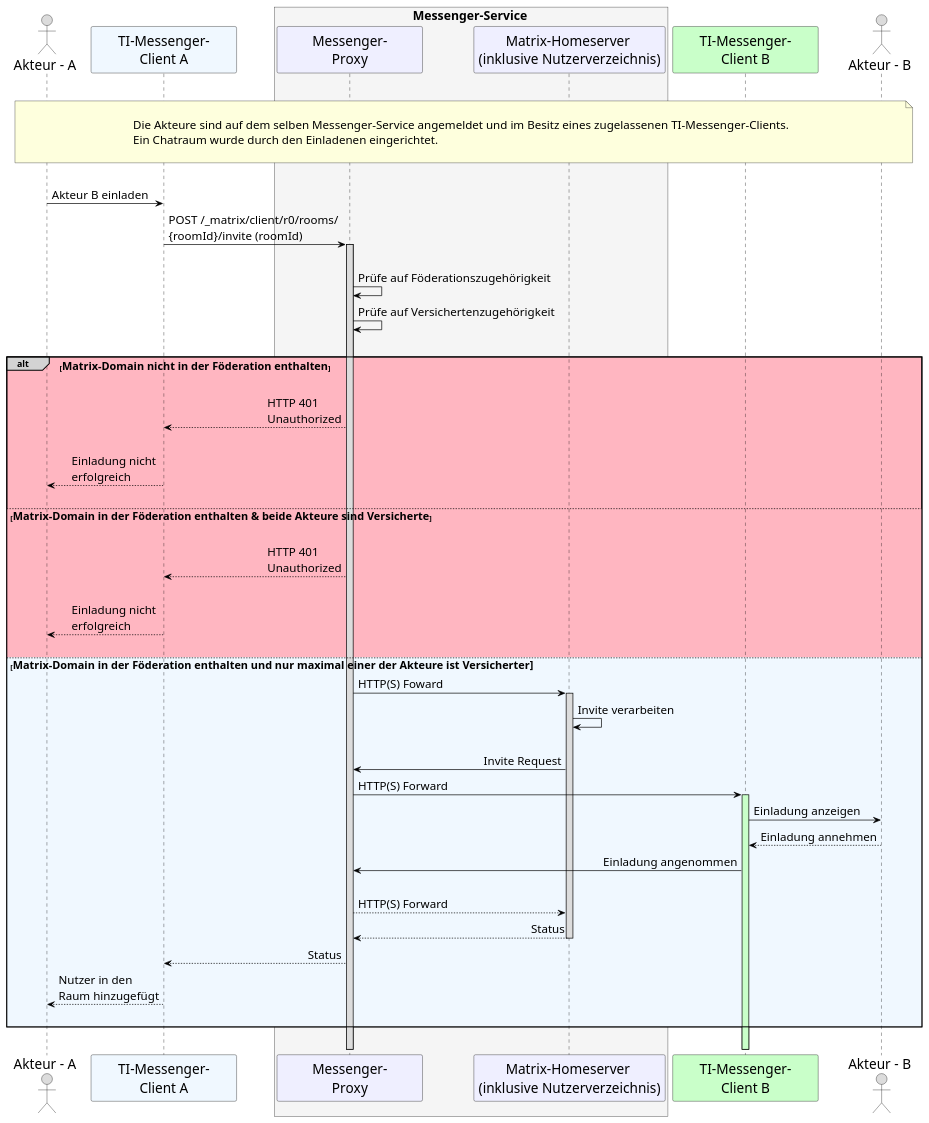
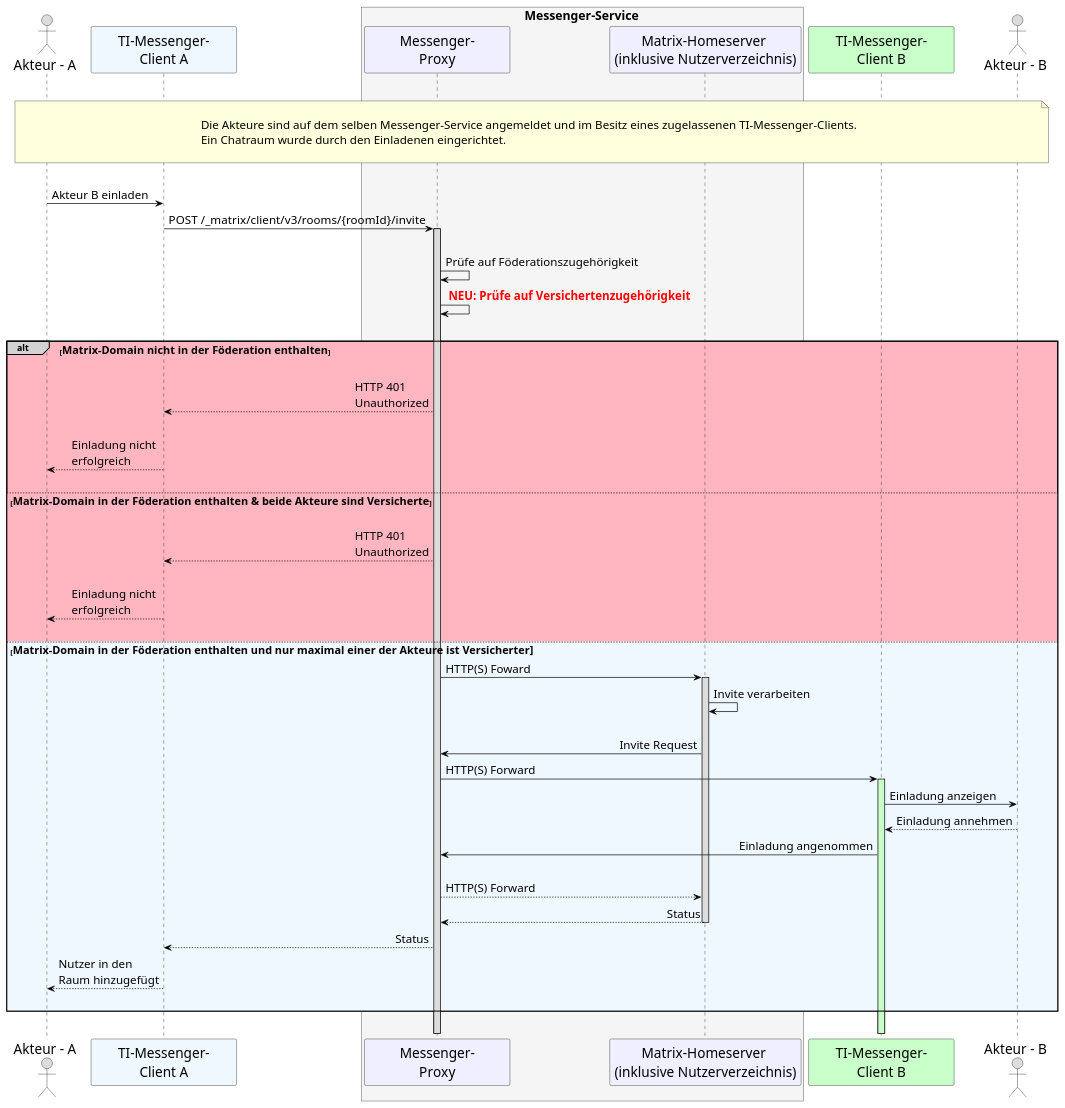
One commit to gematik/api-ti-messenger changed the diagram in src/plantuml/TI-Messenger-Dienst/Ressourcen/epa_UC_10104_Seq.puml. Above: the diagram before and after it, drawn with PlantUML.

Commit message:
added color for new step and updated matrix invite url

```diff
--- a/src/plantuml/TI-Messenger-Dienst/Ressourcen/epa_UC_10104_Seq.puml
+++ b/src/plantuml/TI-Messenger-Dienst/Ressourcen/epa_UC_10104_Seq.puml
@@ -9,82 +9,82 @@
 @startuml
 skinparam sequenceMessageAlign direction
 skinparam minClassWidth 200
 skinparam BoxPadding 1
 skinparam sequenceReferenceHeaderBackgroundColor palegreen
 scale max 2048 width
 
 skinparam sequence {
 ArrowColor black
 ArrowFontSize 17
 ActorBorderColor black
 LifeLineBorderColor black
 LifeLineBackgroundColor Gainsboro
 
 ParticipantBorderColor Motivation
 ParticipantBackgroundColor Motivation
 ParticipantFontName Impact
 ParticipantFontSize 20
 ParticipantFontColor black
 ParticipantBorderColor Black
 ParticipantBackgroundColor MOTIVATION
 
 ActorBackgroundColor Gainsboro
 ActorFontColor black
 ActorFontSize 20
 ActorFontName Aapex
 }
     actor U1 as "Akteur - A"
     participant C1 as "TI-Messenger-\nClient A" #AliceBlue
     box <size:18>Messenger-Service</size> #WhiteSmoke
       participant MP as "Messenger-\nProxy"
       participant MH as "Matrix-Homeserver \n(inklusive Nutzerverzeichnis)"
     end box
     participant C2 as "TI-Messenger-\nClient B"#TECHNOLOGY
     actor U2 as "Akteur - B"
     
 |||
 note over U1, U2: \n<size:17>Die Akteure sind auf dem selben Messenger-Service angemeldet und im Besitz eines zugelassenen TI-Messenger-Clients.\n<size:17>Ein Chatraum wurde durch den Einladenen eingerichtet.</size>\n
 |||
     U1->C1: Akteur B einladen
-    C1->MP: POST /_matrix/client/r0/rooms/\n{roomId}/invite (roomId)
+    C1->MP: POST  /_matrix/client/v3/rooms/{roomId}/invite
     activate MP
     |||
       MP->MP: Prüfe auf Föderationszugehörigkeit
-      MP->MP: Prüfe auf Versichertenzugehörigkeit
+      MP->MP: <font color=red> <b>NEU: Prüfe auf Versichertenzugehörigkeit 
     |||
     
     alt#LightGrey #LightPink <size:16>Matrix-Domain nicht in der Föderation enthalten</size>
       |||
       MP-->C1: HTTP 401 \nUnauthorized
       |||
       C1-->U1: Einladung nicht \nerfolgreich
       |||
     
       else <size:16>Matrix-Domain in der Föderation enthalten & beide Akteure sind Versicherte</size>
       |||
       MP-->C1: HTTP 401 \nUnauthorized
       |||
       C1-->U1: Einladung nicht \nerfolgreich
       |||
 
       else #AliceBlue <size:16>Matrix-Domain in der Föderation enthalten und nur maximal einer der Akteure ist Versicherter
       MP->MH: HTTP(S) Foward
         activate MH
       MH->MH: Invite verarbeiten
       |||
           MH->MP: Invite Request
           MP->C2: HTTP(S) Forward
             activate C2 #TECHNOLOGY
           C2->U2: Einladung anzeigen
           U2-->C2: Einladung annehmen
           C2->MP: Einladung angenommen
           |||
           MP-->MH: HTTP(S) Forward
           MH-->MP: Status
             deactivate MH
           MP-->C1: Status
           C1-->U1: Nutzer in den \nRaum hinzugefügt
         |||
         end
  |||
 @enduml
```
